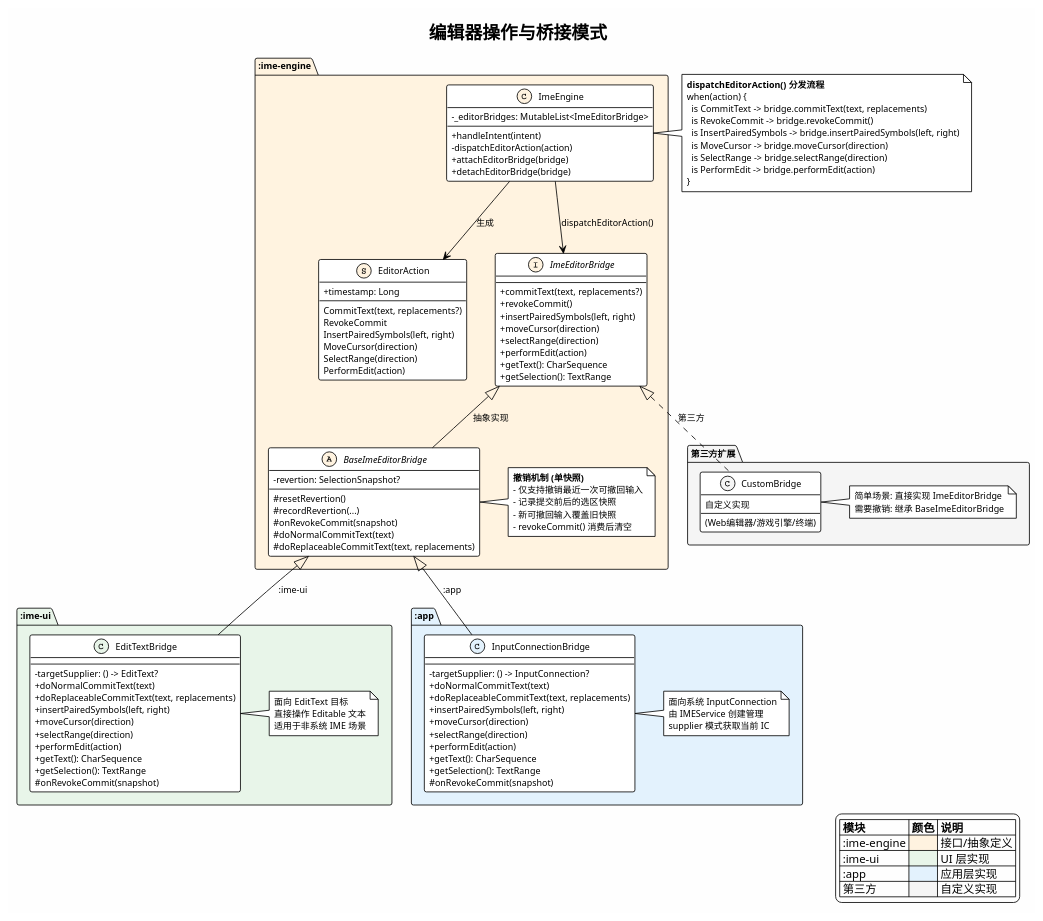
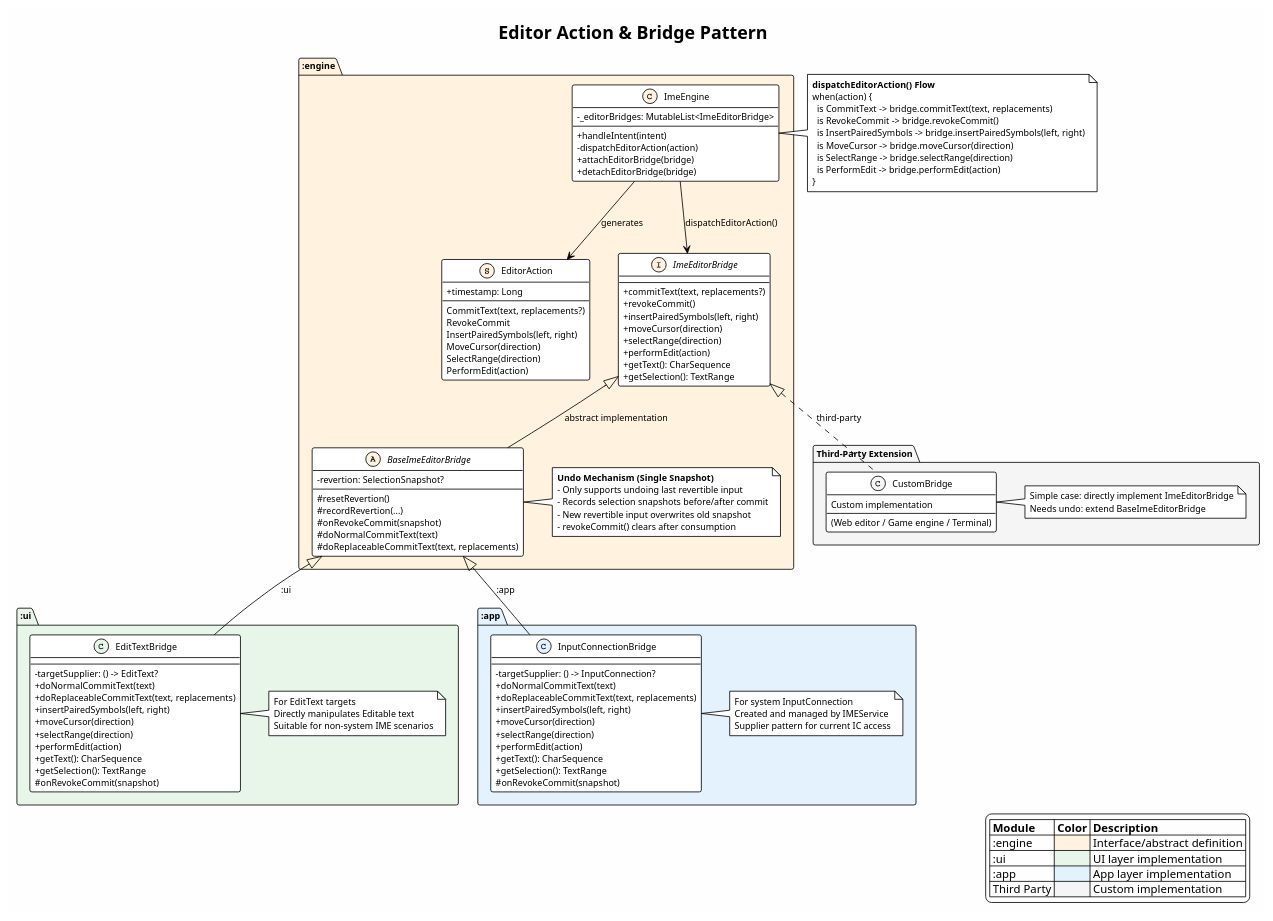
Before and after one commit to crazydan-studio/kuaizi-ime-android: the diagram in docs/ai-agent/v4/design/diagrams/engine-editor-action-bridge.puml, drawn with PlantUML. The commit also changed 51 other files, not shown here.

```diff
--- a/docs/ai-agent/v4/design/diagrams/engine-editor-action-bridge.puml
+++ b/docs/ai-agent/v4/design/diagrams/engine-editor-action-bridge.puml
@@ -1,144 +1,144 @@
 @startuml engine-editor-action-bridge
 !theme plain
 skinparam backgroundColor #FEFEFE
 skinparam classAttributeIconSize 0
 skinparam defaultFontSize 11
 
-title 编辑器操作与桥接模式
+title Editor Action & Bridge Pattern
 
 legend right
-  |= 模块 |= 颜色 |= 说明 |
-  | :ime-engine | <#FFF3E0> | 接口/抽象定义 |
-  | :ime-ui | <#E8F5E9> | UI 层实现 |
-  | :app | <#E3F2FD> | 应用层实现 |
-  | 第三方 | <#F5F5F5> | 自定义实现 |
+  |= Module |= Color |= Description |
+  | :engine | <#FFF3E0> | Interface/abstract definition |
+  | :ui | <#E8F5E9> | UI layer implementation |
+  | :app | <#E3F2FD> | App layer implementation |
+  | Third Party | <#F5F5F5> | Custom implementation |
 endlegend
 
 ' ===== EditorAction =====
-package ":ime-engine" #FFF3E0 {
+package ":engine" #FFF3E0 {
 
   class EditorAction <<(S,#FFF3E0)>> {
     + timestamp: Long
     --
     CommitText(text, replacements?)
     RevokeCommit
     InsertPairedSymbols(left, right)
     MoveCursor(direction)
     SelectRange(direction)
     PerformEdit(action)
   }
 
   class ImeEngine <<(C,#FFF3E0)>> {
     + handleIntent(intent)
     - dispatchEditorAction(action)
     - _editorBridges: MutableList<ImeEditorBridge>
     + attachEditorBridge(bridge)
     + detachEditorBridge(bridge)
   }
 
   interface ImeEditorBridge <<(I,#FFF3E0)>> {
     + commitText(text, replacements?)
     + revokeCommit()
     + insertPairedSymbols(left, right)
     + moveCursor(direction)
     + selectRange(direction)
     + performEdit(action)
     + getText(): CharSequence
     + getSelection(): TextRange
   }
 
   abstract class BaseImeEditorBridge <<(A,#FFF3E0)>> {
     - revertion: SelectionSnapshot?
     # resetRevertion()
     # recordRevertion(...)
     # onRevokeCommit(snapshot)
     # doNormalCommitText(text)
     # doReplaceableCommitText(text, replacements)
   }
 
   note right of BaseImeEditorBridge
-    **撤销机制 (单快照)**
-    - 仅支持撤销最近一次可撤回输入
-    - 记录提交前后的选区快照
-    - 新可撤回输入覆盖旧快照
-    - revokeCommit() 消费后清空
+    **Undo Mechanism (Single Snapshot)**
+    - Only supports undoing last revertible input
+    - Records selection snapshots before/after commit
+    - New revertible input overwrites old snapshot
+    - revokeCommit() clears after consumption
   end note
 }
 
-' ===== :ime-ui 实现 =====
-package ":ime-ui" #E8F5E9 {
+' ===== :ui Implementation =====
+package ":ui" #E8F5E9 {
   class EditTextBridge <<(C,#E8F5E9)>> {
     - targetSupplier: () -> EditText?
     + doNormalCommitText(text)
     + doReplaceableCommitText(text, replacements)
     + insertPairedSymbols(left, right)
     + moveCursor(direction)
     + selectRange(direction)
     + performEdit(action)
     + getText(): CharSequence
     + getSelection(): TextRange
     # onRevokeCommit(snapshot)
   }
   note right of EditTextBridge
-    面向 EditText 目标
-    直接操作 Editable 文本
-    适用于非系统 IME 场景
+    For EditText targets
+    Directly manipulates Editable text
+    Suitable for non-system IME scenarios
   end note
 }
 
-' ===== :app 实现 =====
+' ===== :app Implementation =====
 package ":app" #E3F2FD {
   class InputConnectionBridge <<(C,#E3F2FD)>> {
     - targetSupplier: () -> InputConnection?
     + doNormalCommitText(text)
     + doReplaceableCommitText(text, replacements)
     + insertPairedSymbols(left, right)
     + moveCursor(direction)
     + selectRange(direction)
     + performEdit(action)
     + getText(): CharSequence
     + getSelection(): TextRange
     # onRevokeCommit(snapshot)
   }
   note right of InputConnectionBridge
-    面向系统 InputConnection
-    由 IMEService 创建管理
-    supplier 模式获取当前 IC
+    For system InputConnection
+    Created and managed by IMEService
+    Supplier pattern for current IC access
   end note
 }
 
-' ===== 第三方自定义 =====
-package "第三方扩展" #F5F5F5 {
+' ===== Third-Party Custom =====
+package "Third-Party Extension" #F5F5F5 {
   class CustomBridge <<(C,#F5F5F5)>> {
-    自定义实现
-    (Web编辑器/游戏引擎/终端)
+    Custom implementation
+    (Web editor / Game engine / Terminal)
   }
   note right of CustomBridge
-    简单场景: 直接实现 ImeEditorBridge
-    需要撤销: 继承 BaseImeEditorBridge
+    Simple case: directly implement ImeEditorBridge
+    Needs undo: extend BaseImeEditorBridge
   end note
 }
 
-' ===== 关系 =====
-ImeEngine --> EditorAction : 生成
+' ===== Relationships =====
+ImeEngine --> EditorAction : generates
 ImeEngine --> ImeEditorBridge : dispatchEditorAction()
 
-ImeEditorBridge <|-- BaseImeEditorBridge : 抽象实现
+ImeEditorBridge <|-- BaseImeEditorBridge : abstract implementation
 BaseImeEditorBridge <|-- InputConnectionBridge : :app
-BaseImeEditorBridge <|-- EditTextBridge : :ime-ui
-ImeEditorBridge <|.. CustomBridge : 第三方
+BaseImeEditorBridge <|-- EditTextBridge : :ui
+ImeEditorBridge <|.. CustomBridge : third-party
 
-' ===== 分发流程 =====
+' ===== Dispatch Flow =====
 note left of ImeEngine
-  **dispatchEditorAction() 分发流程**
+  **dispatchEditorAction() Flow**
   when(action) {
     is CommitText -> bridge.commitText(text, replacements)
     is RevokeCommit -> bridge.revokeCommit()
     is InsertPairedSymbols -> bridge.insertPairedSymbols(left, right)
     is MoveCursor -> bridge.moveCursor(direction)
     is SelectRange -> bridge.selectRange(direction)
     is PerformEdit -> bridge.performEdit(action)
   }
 end note
 
 @enduml
```
